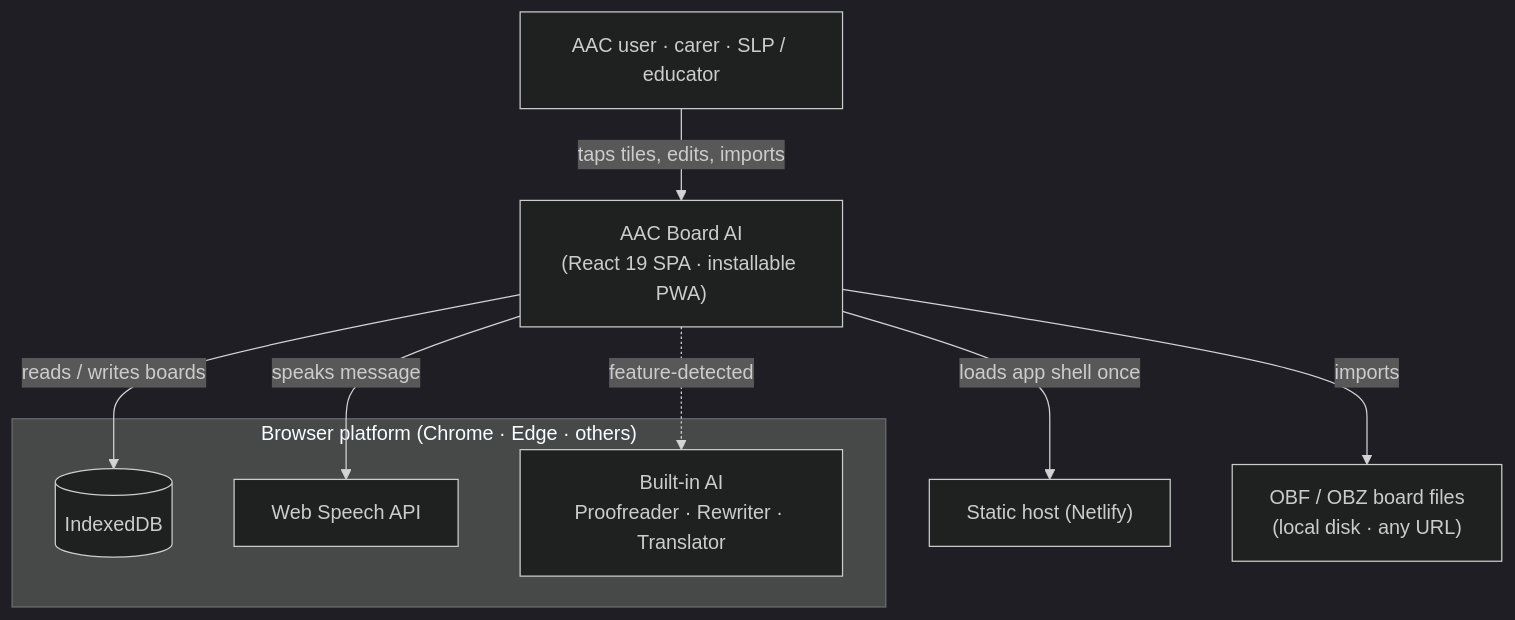
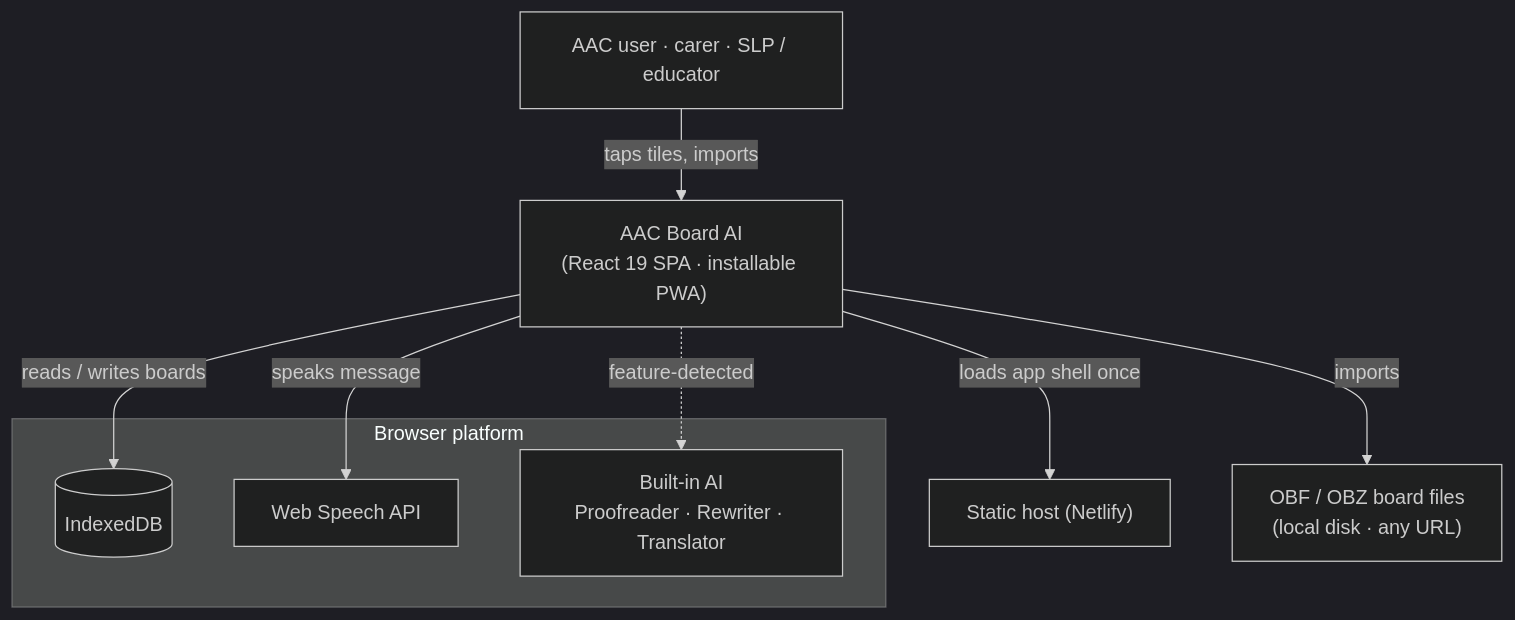
The first of 4 diagrams in docs/architecture.md (shayc/aac-board-ai), drawn with Mermaid (dark theme) before and after one commit. The commit also changed other lines of this file, not shown here.

First line of the commit message:
docs: tighten architecture.md prose and diagrams (#612)

````diff
--- a/docs/architecture.md
+++ b/docs/architecture.md
@@ -66,21 +66,21 @@
 ```mermaid
 flowchart TB
     user["AAC user · carer · SLP / educator"]
 
-    subgraph platform["Browser platform (Chrome · Edge · others)"]
+    subgraph platform["Browser platform"]
         idb[("IndexedDB")]
         speech["Web Speech API"]
         ai["Built-in AI<br/>Proofreader · Rewriter · Translator"]
     end
 
     app["AAC Board AI<br/>(React 19 SPA · installable PWA)"]
     host["Static host (Netlify)"]
     boards["OBF / OBZ board files<br/>(local disk · any URL)"]
 
-    user -->|taps tiles, edits, imports| app
+    user -->|taps tiles, imports| app
     app -->|reads / writes boards| idb
     app -->|speaks message| speech
     app -.->|feature-detected| ai
     app -->|loads app shell once| host
     app -->|imports| boards
 ```
````
